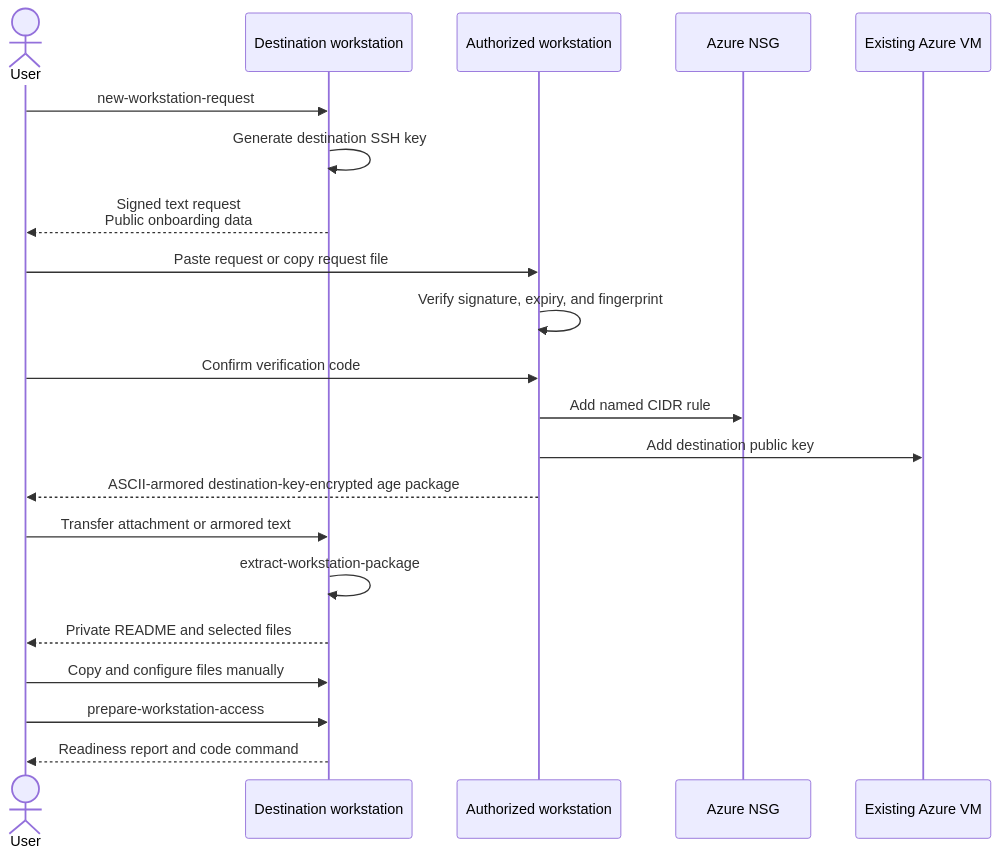
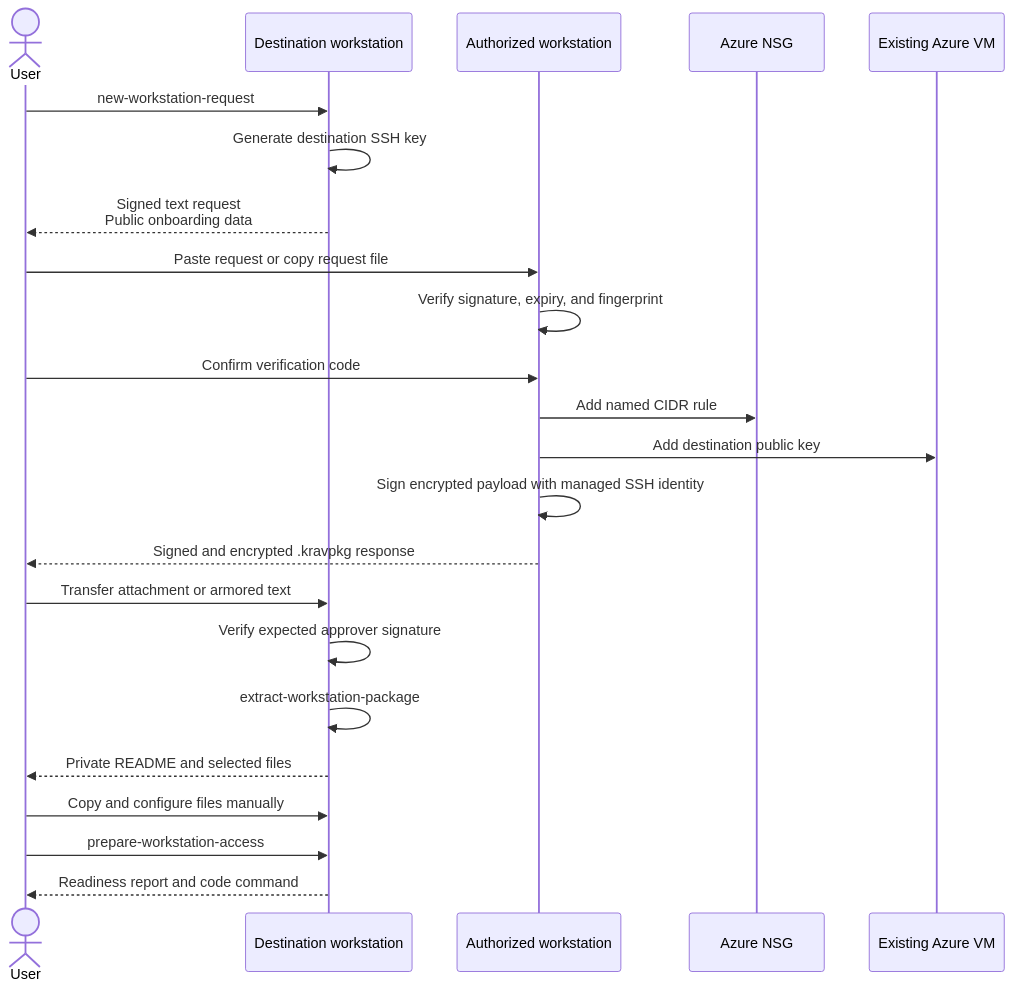
Before and after one commit to johlju/Kravhantering: the diagram in docs/development/azure-vm-remote-ssh-development.md, drawn with Mermaid. The commit also changed other lines of this file and 18 other files, not shown here.

````diff
--- a/docs/development/azure-vm-remote-ssh-development.md
+++ b/docs/development/azure-vm-remote-ssh-development.md
@@ -1015,24 +1015,26 @@
 ```mermaid
 sequenceDiagram
     actor User
     participant Destination as Destination workstation
     participant Source as Authorized workstation
     participant Azure as Azure NSG
     participant VM as Existing Azure VM
 
     User->>Destination: new-workstation-request
     Destination->>Destination: Generate destination SSH key
     Destination-->>User: Signed text request<br/>Public onboarding data
     User->>Source: Paste request or copy request file
     Source->>Source: Verify signature, expiry, and fingerprint
     User->>Source: Confirm verification code
     Source->>Azure: Add named CIDR rule
     Source->>VM: Add destination public key
-    Source-->>User: ASCII-armored destination-key-encrypted age package
+    Source->>Source: Sign encrypted payload with managed SSH identity
+    Source-->>User: Signed and encrypted .kravpkg response
     User->>Destination: Transfer attachment or armored text
+    Destination->>Destination: Verify expected approver signature
     Destination->>Destination: extract-workstation-package
     Destination-->>User: Private README and selected files
     User->>Destination: Copy and configure files manually
     User->>Destination: prepare-workstation-access
     Destination-->>User: Readiness report and code command
 ```
````
